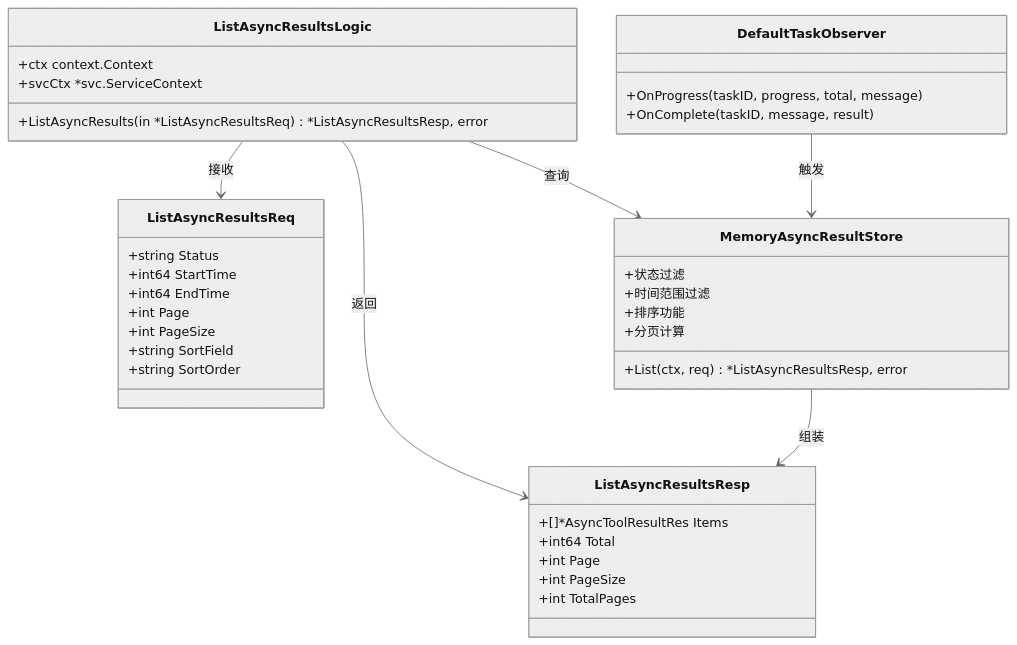
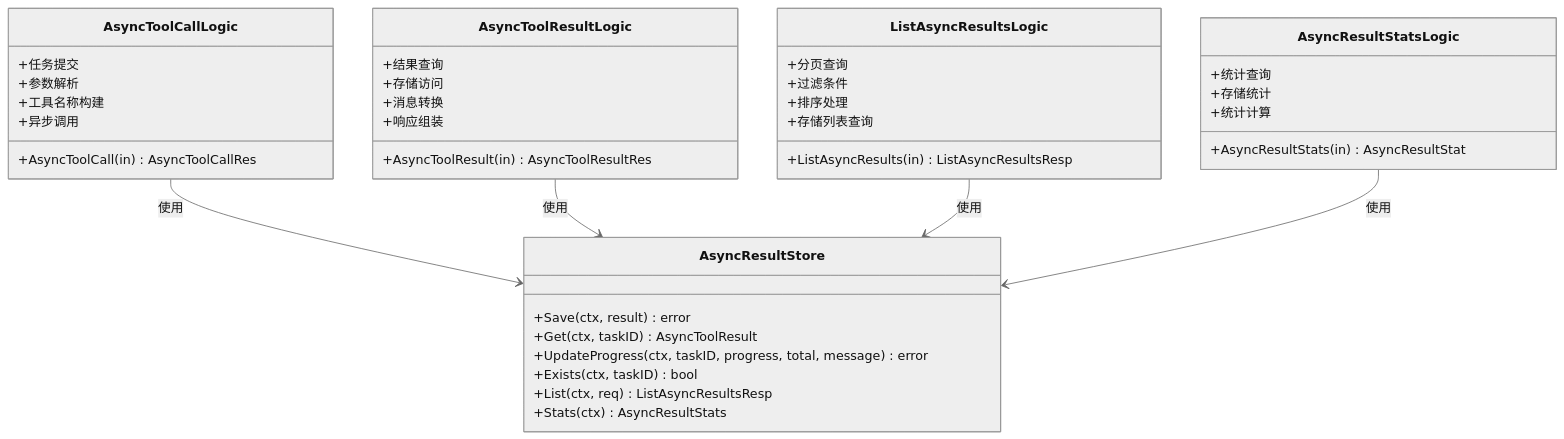
Before and after one commit to maomao94/zero-service: the seventh of 12 diagrams in .qoder/repowiki/zh/content/核心服务详解/AI聊天服务.md, drawn with Mermaid (neutral theme). The commit also changed other lines of this file and 48 other files, not shown here.

````diff
--- a/.qoder/repowiki/zh/content/核心服务详解/AI聊天服务.md
+++ b/.qoder/repowiki/zh/content/核心服务详解/AI聊天服务.md
@@ -652,40 +784,42 @@
 ```mermaid
 classDiagram
+class AsyncToolCallLogic {
++AsyncToolCall(in) AsyncToolCallRes
++任务提交
++参数解析
++工具名称构建
++异步调用
+}
+class AsyncToolResultLogic {
++AsyncToolResult(in) AsyncToolResultRes
++结果查询
++存储访问
++消息转换
++响应组装
+}
 class ListAsyncResultsLogic {
-+ctx context.Context
-+svcCtx *svc.ServiceContext
-+ListAsyncResults(in *ListAsyncResultsReq) *ListAsyncResultsResp, error
++ListAsyncResults(in) ListAsyncResultsResp
++分页查询
++过滤条件
++排序处理
++存储列表查询
 }
-class ListAsyncResultsReq {
-+string Status
-+int64 StartTime
-+int64 EndTime
-+int Page
-+int PageSize
-+string SortField
-+string SortOrder
+class AsyncResultStatsLogic {
++AsyncResultStats(in) AsyncResultStat
++统计查询
++存储统计
++统计计算
 }
-class ListAsyncResultsResp {
-+[]*AsyncToolResultRes Items
-+int64 Total
-+int Page
-+int PageSize
-+int TotalPages
+class AsyncResultStore {
++Save(ctx, result) error
++Get(ctx, taskID) AsyncToolResult
++UpdateProgress(ctx, taskID, progress, total, message) error
++Exists(ctx, taskID) bool
++List(ctx, req) ListAsyncResultsResp
++Stats(ctx) AsyncResultStats
 }
-class MemoryAsyncResultStore {
-+List(ctx, req) *ListAsyncResultsResp, error
-+状态过滤
-+时间范围过滤
-+排序功能
-+分页计算
-}
-class DefaultTaskObserver {
-+OnProgress(taskID, progress, total, message)
-+OnComplete(taskID, message, result)
-}
-ListAsyncResultsLogic --> ListAsyncResultsReq : 接收
-ListAsyncResultsLogic --> ListAsyncResultsResp : 返回
-ListAsyncResultsLogic --> MemoryAsyncResultStore : 查询
-MemoryAsyncResultStore --> ListAsyncResultsResp : 组装
-DefaultTaskObserver --> MemoryAsyncResultStore : 触发
+AsyncToolCallLogic --> AsyncResultStore : 使用
+AsyncToolResultLogic --> AsyncResultStore : 使用
+ListAsyncResultsLogic --> AsyncResultStore : 使用
+AsyncResultStatsLogic --> AsyncResultStore : 使用
 ```
````
